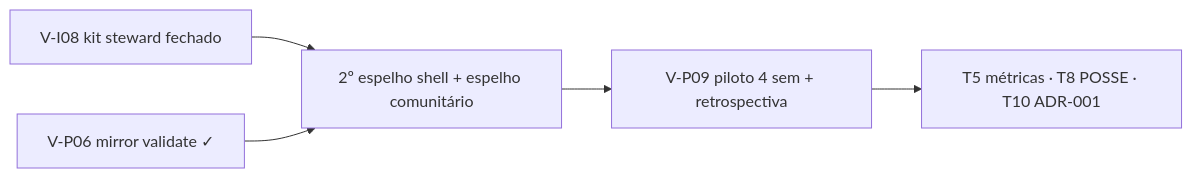
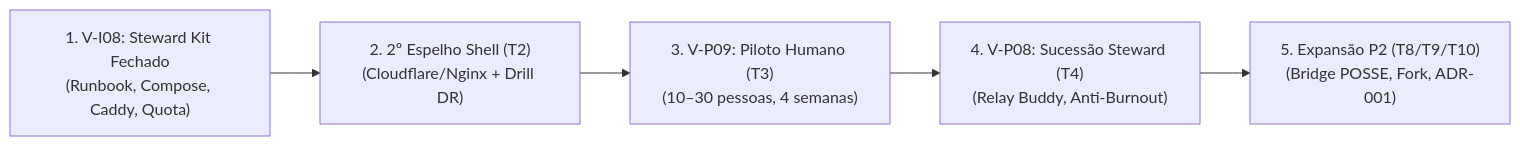
One commit to yurikayel/vox changed the first of 2 diagrams in docs/brainstorm-proximas-10-tarefas-pos-v82-2026-11.md. Above: the diagram before and after it, drawn with Mermaid. The commit also changed other lines of this file, not shown here.

Commit message:
docs: T1 roadmap pós-v82 (Antigravity)

````diff
--- a/docs/brainstorm-proximas-10-tarefas-pos-v82-2026-11.md
+++ b/docs/brainstorm-proximas-10-tarefas-pos-v82-2026-11.md
@@ -69,11 +44,13 @@
 ```mermaid
 flowchart LR
-  VI08[V-I08 kit steward fechado]
-  VP06[V-P06 mirror validate ✓]
-  ESP[2º espelho shell + espelho comunitário]
-  VP09[V-P09 piloto 4 sem + retrospectiva]
-  VI08 --> ESP
-  VP06 --> ESP
-  ESP --> VP09
-  VP09 --> T5T8[T5 métricas · T8 POSSE · T10 ADR-001]
+    VI08["1. V-I08: Steward Kit Fechado<br/>(Runbook, Compose, Caddy, Quota)"]
+    ESP["2. 2º Espelho Shell (T2)<br/>(Cloudflare/Nginx + Drill DR)"]
+    VP09["3. V-P09: Piloto Humano (T3)<br/>(10–30 pessoas, 4 semanas)"]
+    VP08["4. V-P08: Sucessão Steward (T4)<br/>(Relay Buddy, Anti-Burnout)"]
+    P2["5. Expansão P2 (T8/T9/T10)<br/>(Bridge POSSE, Fork, ADR-001)"]
+
+    VI08 --> ESP
+    ESP --> VP09
+    VP09 --> VP08
+    VP08 --> P2
 ```
````
